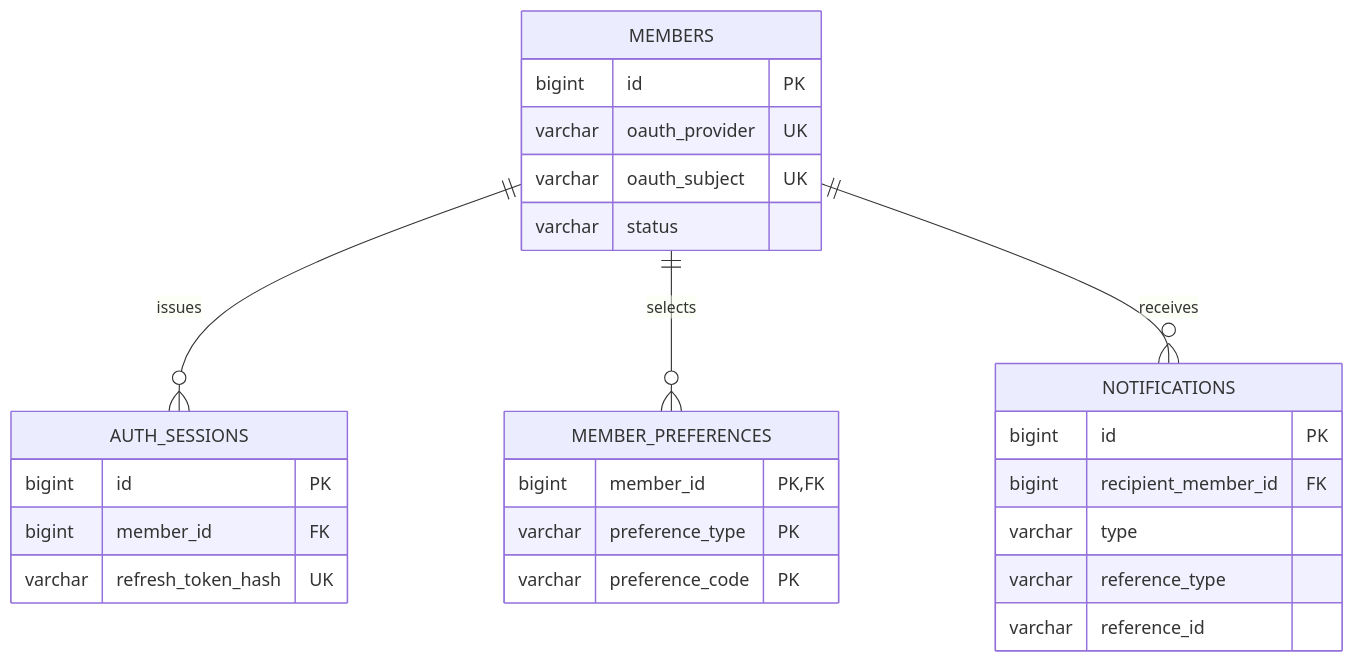
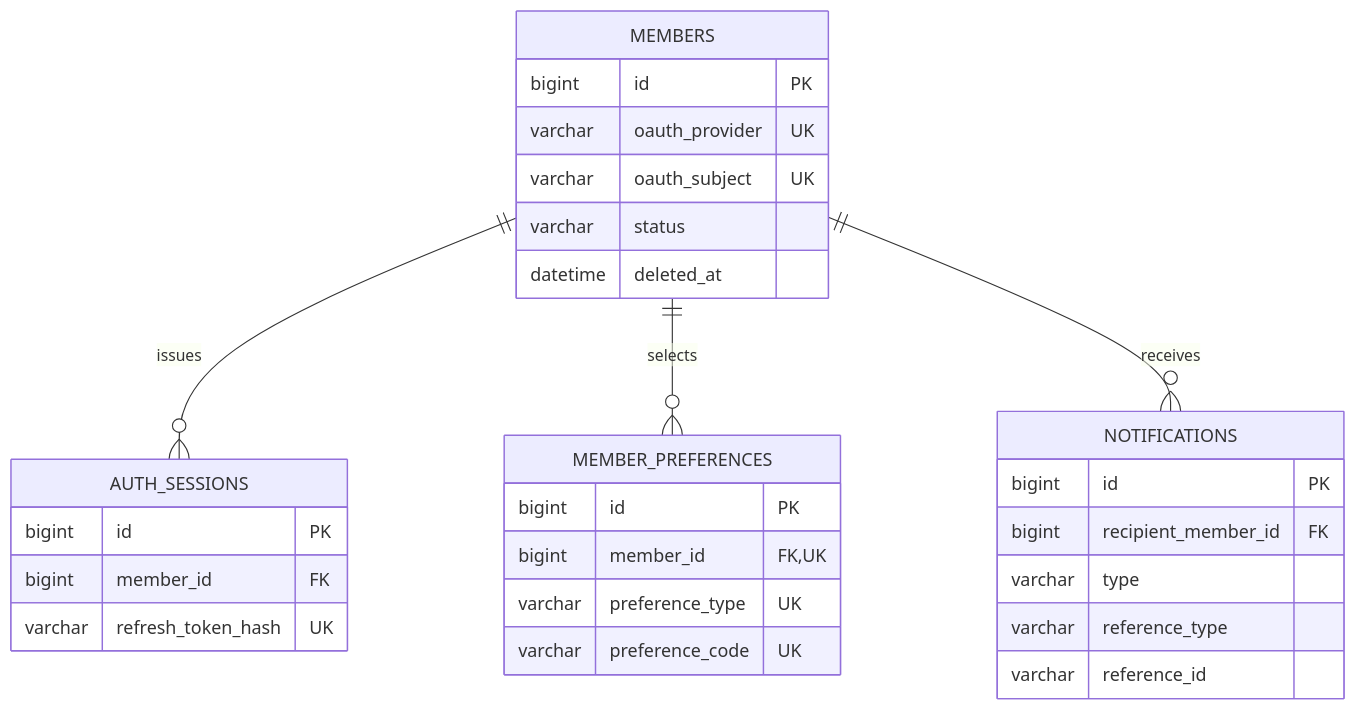
One commit to 100-hours-a-week/KTB4-10th-BE changed the first of 5 diagrams in docs/ERD_테이블_설계_근거_검토본.md. Above: the diagram before and after it, drawn with Mermaid. The commit also changed other lines of this file and 3 other files, not shown here.

```diff
--- a/docs/ERD_테이블_설계_근거_검토본.md
+++ b/docs/ERD_테이블_설계_근거_검토본.md
@@ -107,29 +108,31 @@
 ~~~mermaid
 erDiagram
     MEMBERS ||--o{ AUTH_SESSIONS : issues
     MEMBERS ||--o{ MEMBER_PREFERENCES : selects
     MEMBERS ||--o{ NOTIFICATIONS : receives
     MEMBERS {
         bigint id PK
         varchar oauth_provider UK
         varchar oauth_subject UK
         varchar status
+        datetime deleted_at
     }
     AUTH_SESSIONS {
         bigint id PK
         bigint member_id FK
         varchar refresh_token_hash UK
     }
     MEMBER_PREFERENCES {
-        bigint member_id PK,FK
-        varchar preference_type PK
-        varchar preference_code PK
+        bigint id PK
+        bigint member_id FK,UK
+        varchar preference_type UK
+        varchar preference_code UK
     }
     NOTIFICATIONS {
         bigint id PK
         bigint recipient_member_id FK
         varchar type
         varchar reference_type
         varchar reference_id
     }
 ~~~
```
